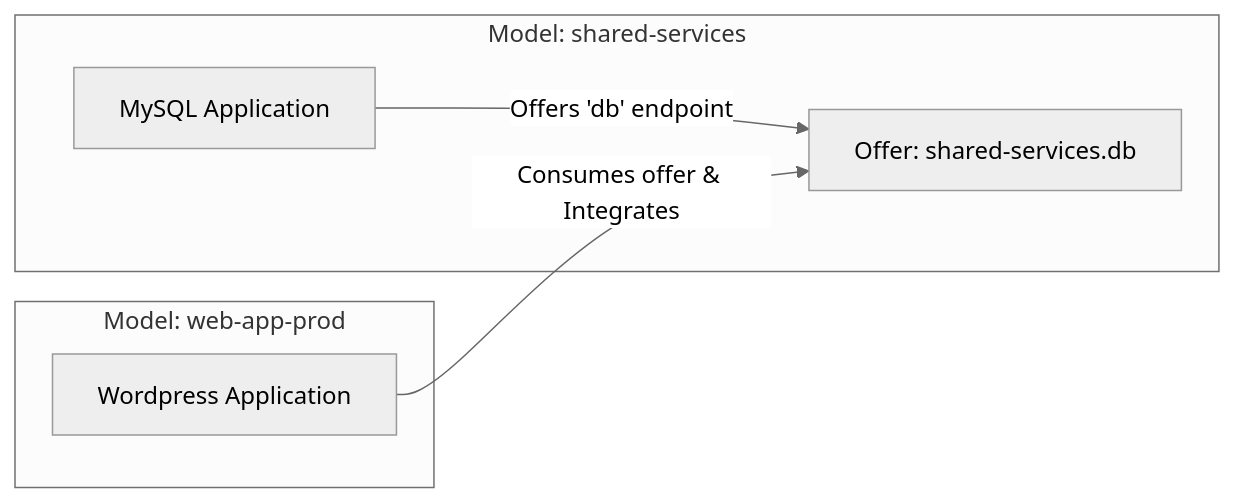
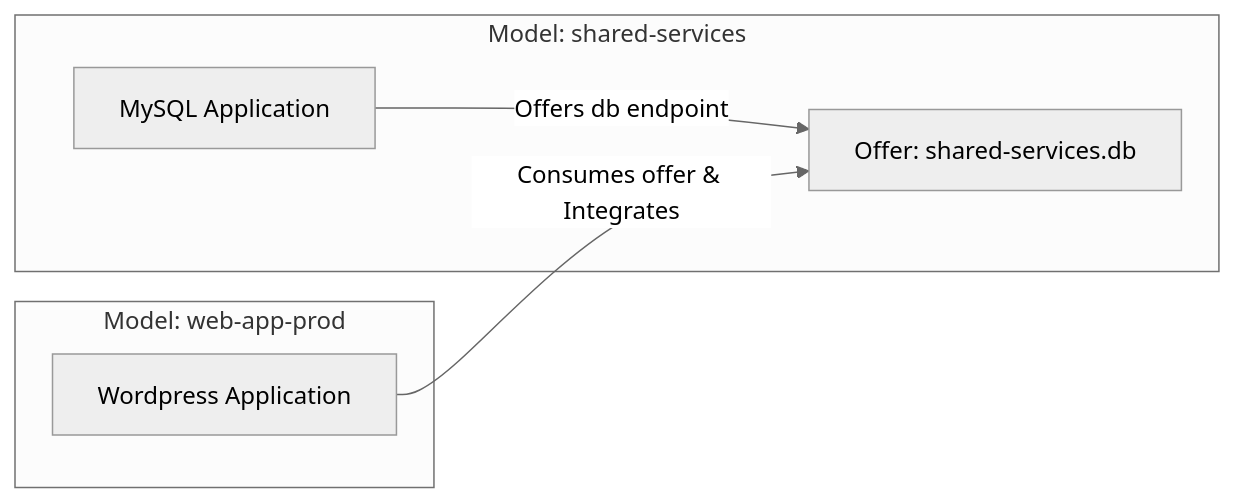
One commit to panasheMuriro/learning-platform changed the diagram in content/courses/juju/module-05/notes/03-cross-model-relations.md. Above: the diagram before and after it, drawn with Mermaid (neutral theme). The commit also changed 5 other files, not shown here.

First line of the commit message:
fix(frontend): fix Mermaid syntax errors and suppress unhandled body errors

````diff
--- a/content/courses/juju/module-05/notes/03-cross-model-relations.md
+++ b/content/courses/juju/module-05/notes/03-cross-model-relations.md
@@ -7,9 +7,9 @@
 ```mermaid
 graph LR
-    subgraph Model: shared-services
-        DB[MySQL Application] -->|Offers 'db' endpoint| Offer["Offer: shared-services.db"]
+    subgraph SharedServices [Model: shared-services]
+        DB[MySQL Application] -->|Offers db endpoint| Offer["Offer: shared-services.db"]
     end
-    subgraph Model: web-app-prod
+    subgraph WebAppProd [Model: web-app-prod]
         Web[Wordpress Application] -->|Consumes offer & Integrates| Offer
     end
 ```
````
